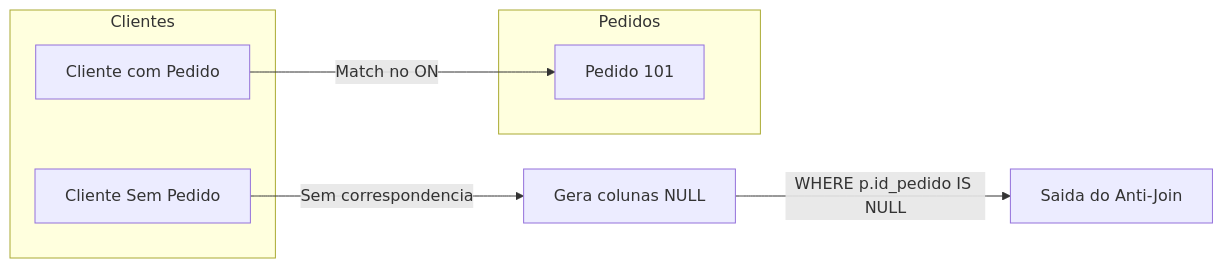
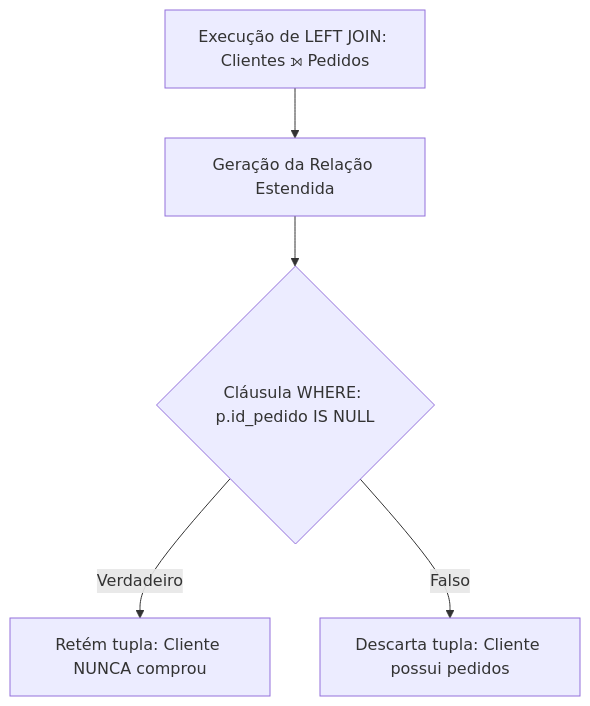
The second of 10 diagrams in 4º Semestre/[Prof. Welington Garcia] Tópicos Avançados em Banco de Dados/Resumos-IA/Caderno-Consolidado.md (murilolol/unifef), drawn with Mermaid before and after one commit. The commit also changed other lines of this file and 18 other files, not shown here.

````diff
--- a/4º Semestre/[Prof. Welington Garcia] Tópicos Avançados em Banco de Dados/Resumos-IA/Caderno-Consolidado.md
+++ b/4º Semestre/[Prof. Welington Garcia] Tópicos Avançados em Banco de Dados/Resumos-IA/Caderno-Consolidado.md
@@ -451,13 +141,7 @@
 ```mermaid
-flowchart LR
-  subgraph Clientes
-    C1["Cliente com Pedido"]
-    C2["Cliente Sem Pedido"]
-  end
-  subgraph Pedidos
-    P1["Pedido 101"]
-  end
-  C1 -->|"Match no ON"| P1
-  C2 -->|"Sem correspondencia"| NullVal["Gera colunas NULL"]
-  NullVal -->|"WHERE p.id_pedido IS NULL"| Retorno["Saida do Anti-Join"]
+flowchart TD
+    LJ["Execução de LEFT JOIN: Clientes ⟕ Pedidos"] --> Matrix["Geração da Relação Estendida"]
+    Matrix --> WhereCond{"Cláusula WHERE: p.id_pedido IS NULL"}
+    WhereCond -- "Verdadeiro" --> Retem["Retém tupla: Cliente NUNCA comprou"]
+    WhereCond -- "Falso" --> Descarta["Descarta tupla: Cliente possui pedidos"]
 ```
````
